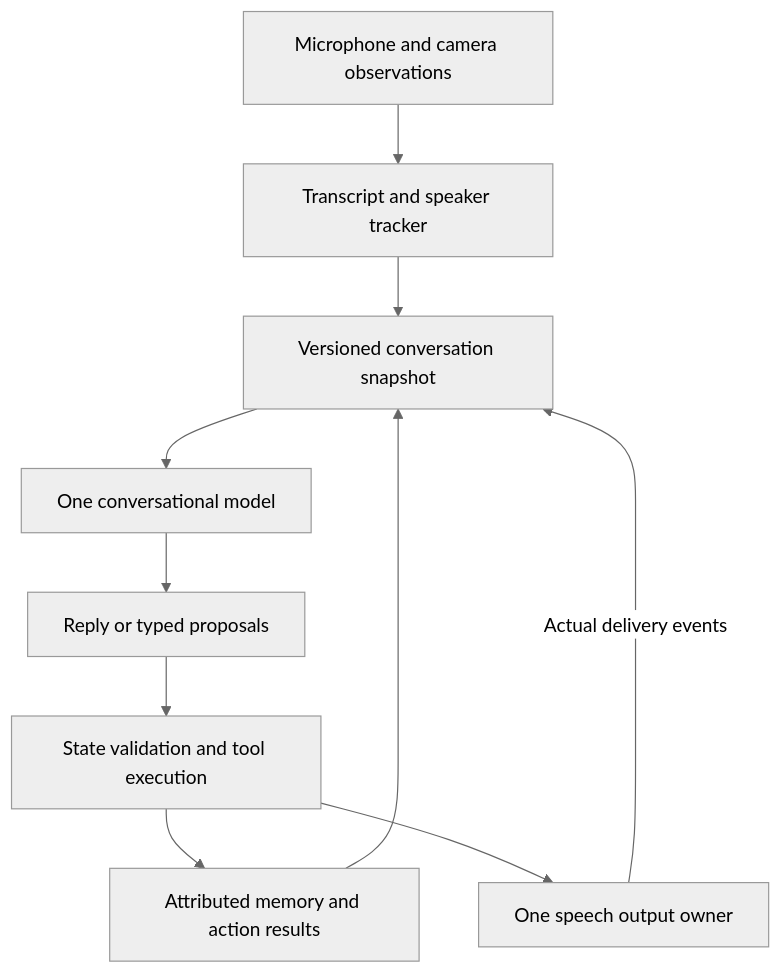
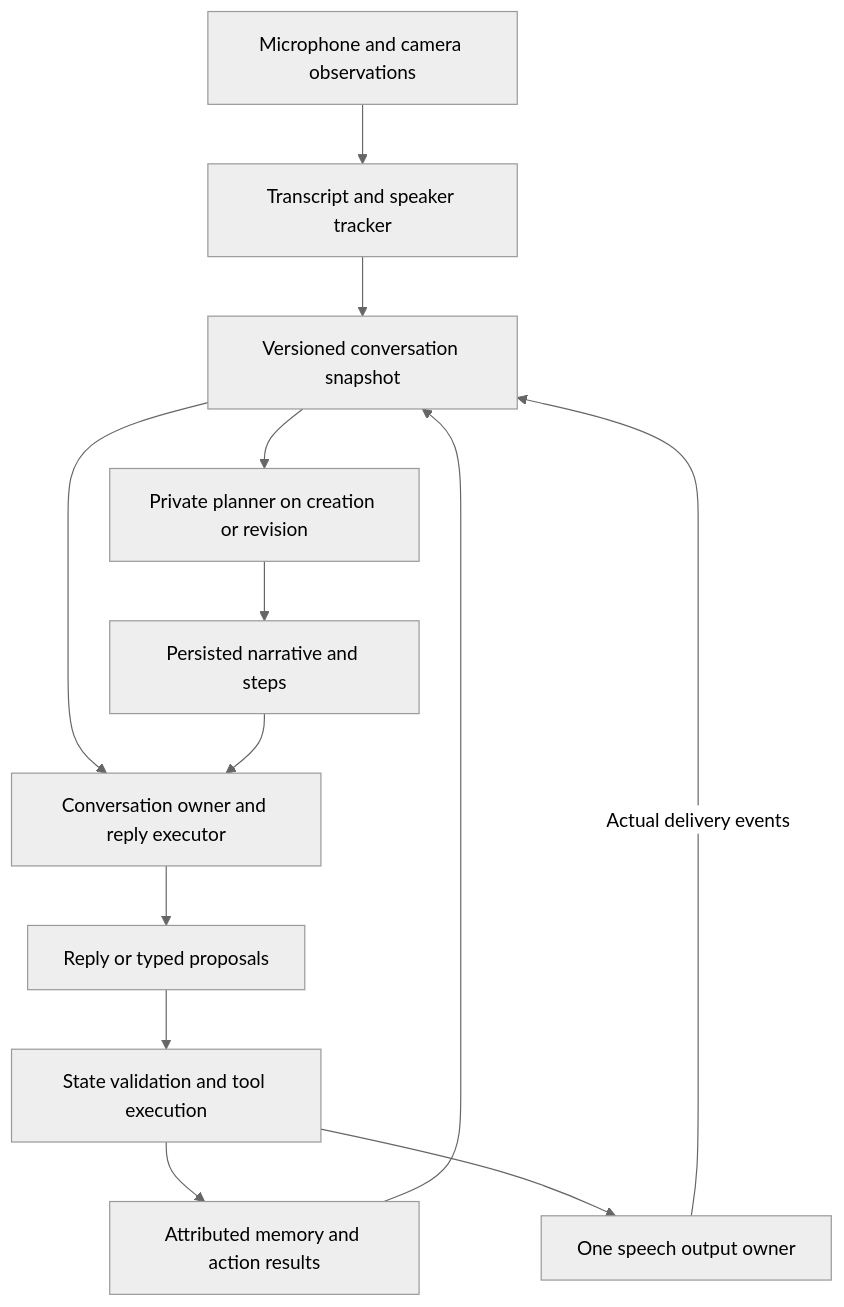
Before and after one commit to bretbenz84/djr3x-v3: the diagram in DESIGN.md, drawn with Mermaid (neutral theme). The commit also changed other lines of this file and 39 other files, not shown here.

````diff
--- a/DESIGN.md
+++ b/DESIGN.md
@@ -73,12 +73,15 @@
 ```mermaid
 flowchart TD
     A[Microphone and camera observations] --> B[Transcript and speaker tracker]
     B --> C[Versioned conversation snapshot]
-    C --> D[One conversational model]
+    C --> D[Conversation owner and reply executor]
+    C --> P[Private planner on creation or revision]
+    P --> M[Persisted narrative and steps]
+    M --> D
     D --> E[Reply or typed proposals]
     E --> F[State validation and tool execution]
     F --> G[Attributed memory and action results]
     F --> H[One speech output owner]
     G --> C
     H -->|Actual delivery events| C
 ```
````
